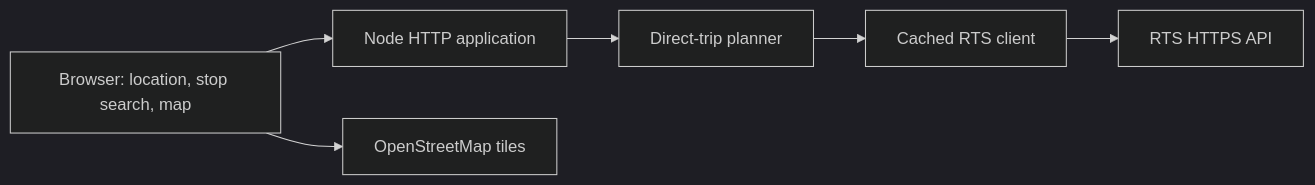
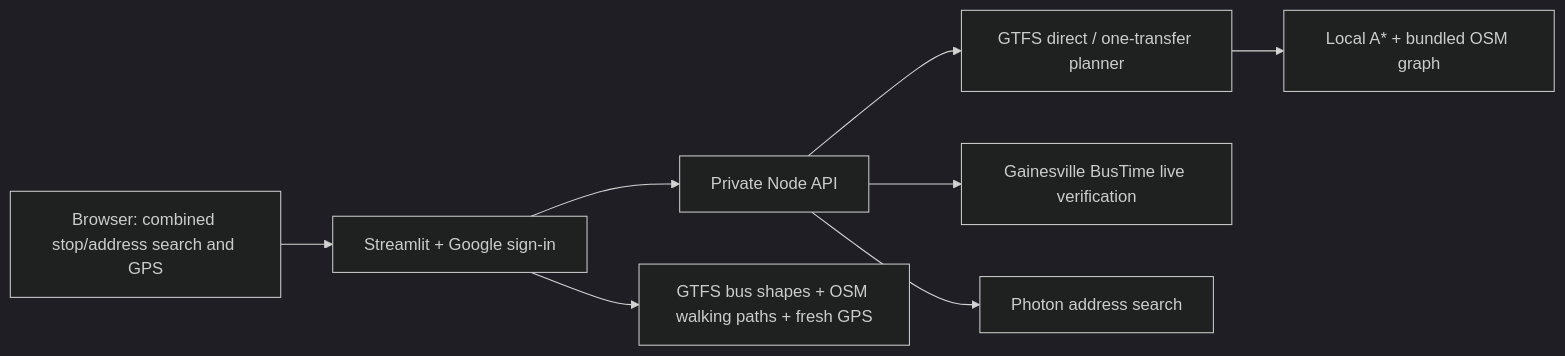
The diagram in docs/architecture.md (PrithviHL/LeaveNow-Real-Time-Bus-Location-Tracking-and-Smart-Departure-Prediction), drawn with Mermaid (dark theme) before and after one commit. The commit also changed other lines of this file and 9 other files, not shown here.

Commit message:
docs: document OSM walking rollout and current planner architecture

````diff
--- a/docs/architecture.md
+++ b/docs/architecture.md
@@ -5,8 +5,10 @@
 ```mermaid
 flowchart LR
-  Browser[Browser: location, stop search, map] --> Server[Node HTTP application]
-  Server --> Planner[Direct-trip planner]
-  Planner --> Client[Cached RTS client]
-  Client --> RTS[RTS HTTPS API]
-  Browser --> Tiles[OpenStreetMap tiles]
+  Browser[Browser: combined stop/address search and GPS] --> UI[Streamlit + Google sign-in]
+  UI --> API[Private Node API]
+  API --> Schedule[GTFS direct / one-transfer planner]
+  Schedule --> Walk[Local A* + bundled OSM graph]
+  API --> Live[Gainesville BusTime live verification]
+  API --> Places[Photon address search]
+  UI --> Map[GTFS bus shapes + OSM walking paths + fresh GPS]
 ```
````
